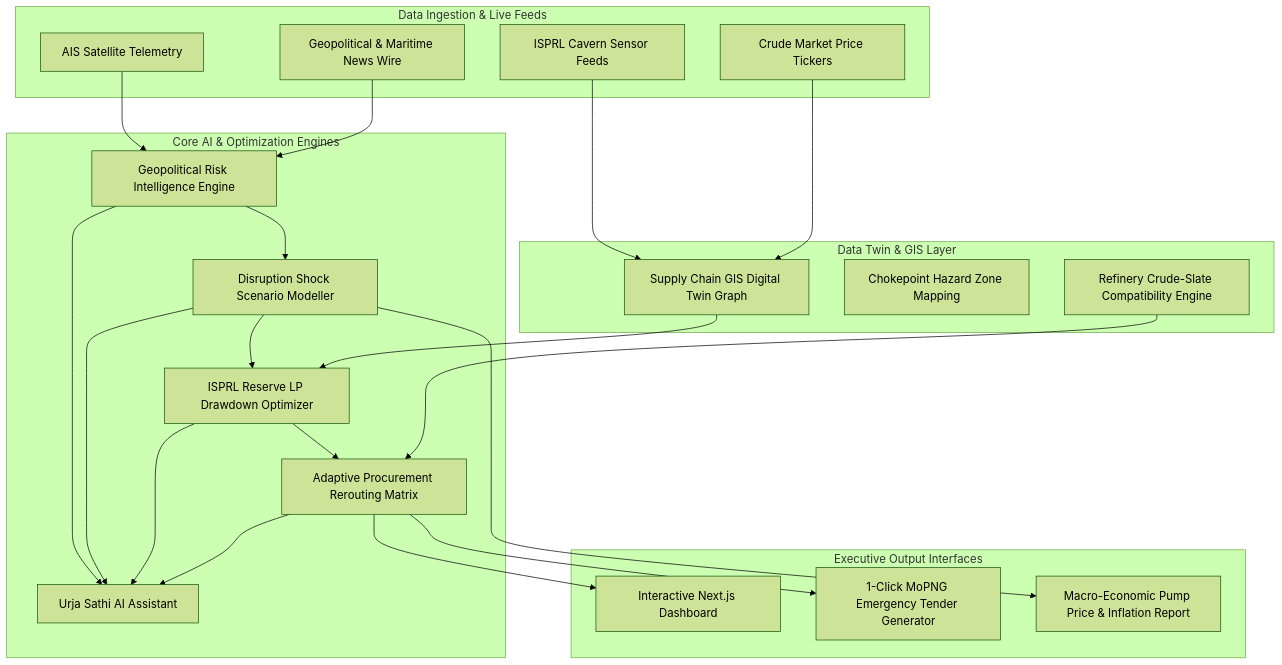
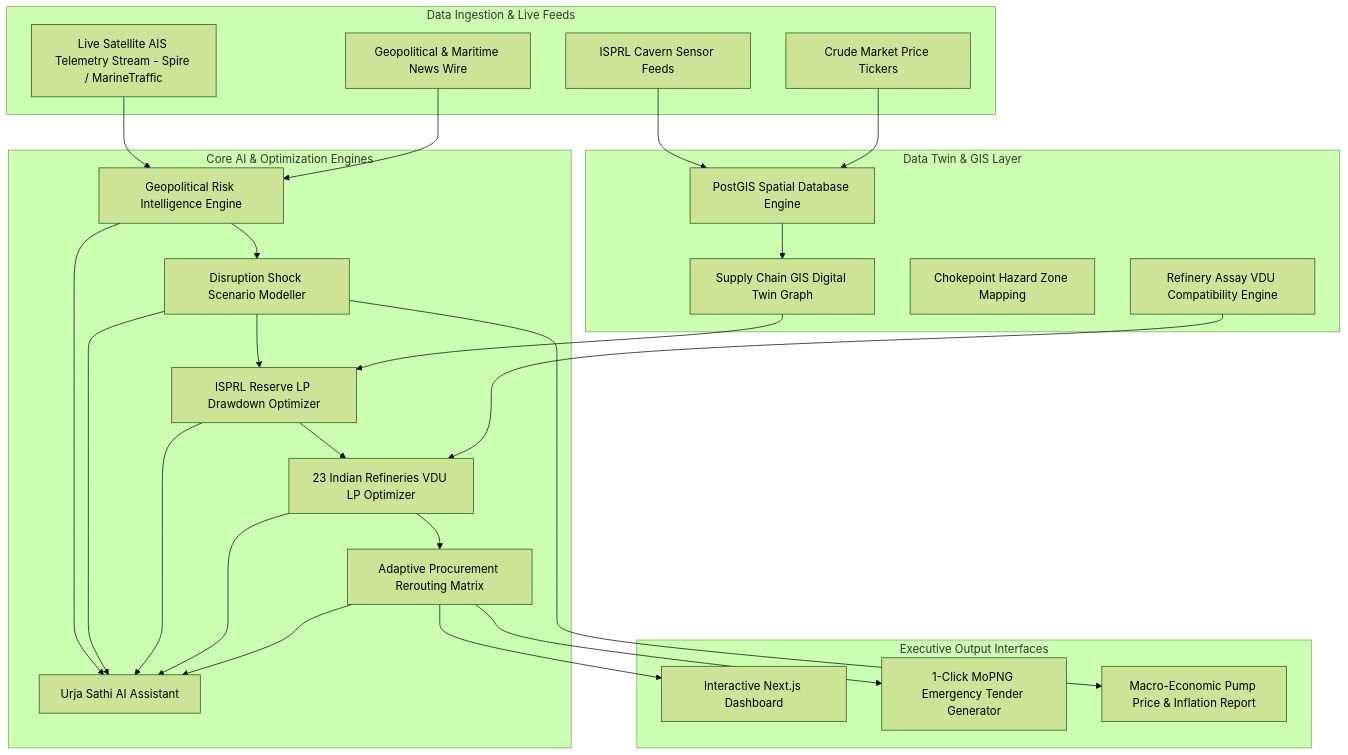
The diagram in README.md (sohan1saha/India-energy-intelligence), drawn with Mermaid (forest theme) before and after one commit. The commit also changed other lines of this file and 4 other files, not shown here.

Commit message:
feat(backend): add Satellite AIS stream, PostGIS spatial models & 23 refineries VDU LP solver

````diff
--- a/README.md
+++ b/README.md
@@ -38,41 +38,45 @@
 ```mermaid
 graph TD
     subgraph Data Ingestion & Live Feeds
-        A1[AIS Satellite Telemetry]
+        A1[Live Satellite AIS Telemetry Stream - Spire / MarineTraffic]
         A2[Geopolitical & Maritime News Wire]
         A3[ISPRL Cavern Sensor Feeds]
         A4[Crude Market Price Tickers]
     end
 
     subgraph Core AI & Optimization Engines
         B1[Geopolitical Risk Intelligence Engine]
         B2[Disruption Shock Scenario Modeller]
         B3[ISPRL Reserve LP Drawdown Optimizer]
-        B4[Adaptive Procurement Rerouting Matrix]
-        B5[Urja Sathi AI Assistant]
+        B4[23 Indian Refineries VDU LP Optimizer]
+        B5[Adaptive Procurement Rerouting Matrix]
+        B6[Urja Sathi AI Assistant]
     end
 
     subgraph Data Twin & GIS Layer
-        C1[Supply Chain GIS Digital Twin Graph]
-        C2[Chokepoint Hazard Zone Mapping]
-        C3[Refinery Crude-Slate Compatibility Engine]
+        C1[PostGIS Spatial Database Engine]
+        C2[Supply Chain GIS Digital Twin Graph]
+        C3[Chokepoint Hazard Zone Mapping]
+        C4[Refinery Assay VDU Compatibility Engine]
     end
 
     subgraph Executive Output Interfaces
         D1[Interactive Next.js Dashboard]
         D2[1-Click MoPNG Emergency Tender Generator]
         D3[Macro-Economic Pump Price & Inflation Report]
     end
 
     A1 & A2 --> B1
     A3 & A4 --> C1
+    C1 --> C2
     B1 --> B2
     B2 --> B3
-    C1 --> B3
+    C2 --> B3
     B3 --> B4
-    C3 --> B4
-    B1 & B2 & B3 & B4 --> B5
-    B4 --> D1
-    B4 --> D2
+    C4 --> B4
+    B4 --> B5
+    B1 & B2 & B3 & B4 & B5 --> B6
+    B5 --> D1
+    B5 --> D2
     B2 --> D3
 ```
````
